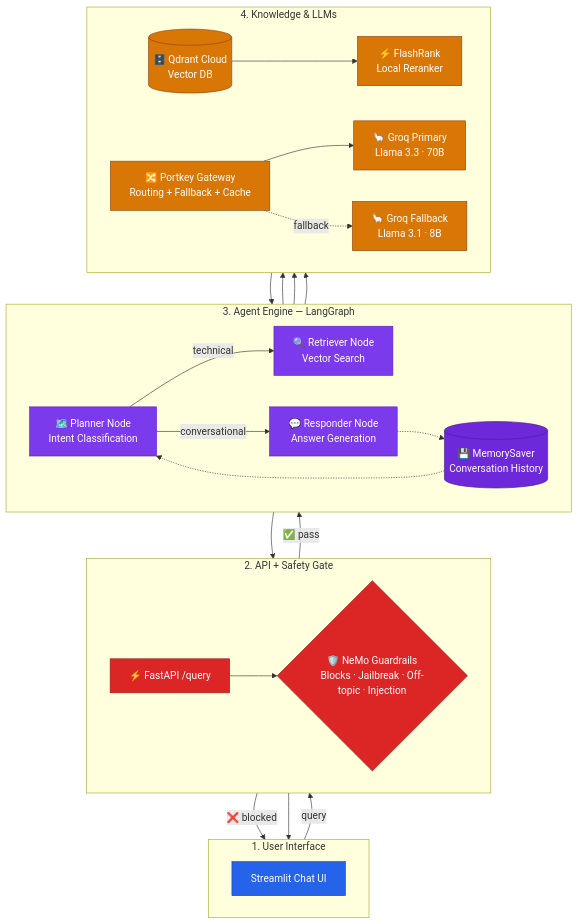
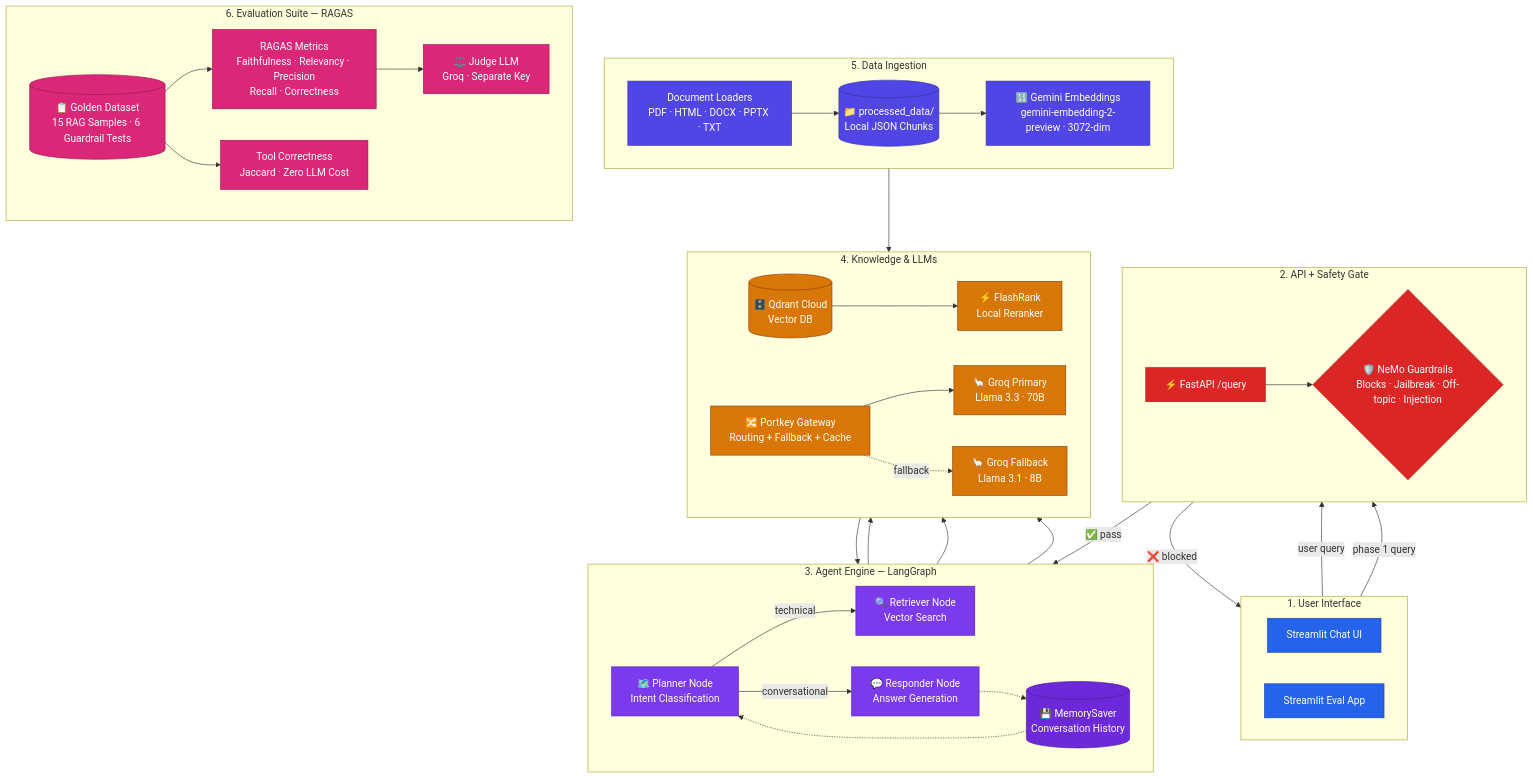
Before and after one commit to krunalp1908/Build-Production-Grade-RAG---Application: the diagram in ARCHITECTURE.md, drawn with Mermaid. The commit also changed other lines of this file and 16 other files, not shown here.

````diff
--- a/ARCHITECTURE.md
+++ b/ARCHITECTURE.md
@@ -10,6 +10,7 @@
     subgraph UI ["1. User Interface"]
         direction LR
         CHAT["Streamlit Chat UI"]
+        EAPP["Streamlit Eval App"]
     end
 
     subgraph SAFETY ["2. API + Safety Gate"]
@@ -35,7 +36,23 @@
         G2["🦙 Groq Fallback\nLlama 3.1 · 8B"]
     end
 
-    CHAT -->|query| API
+    subgraph INGEST ["5. Data Ingestion"]
+        direction LR
+        LOAD["Document Loaders\nPDF · HTML · DOCX · PPTX · TXT"]
+        PROC[("📁 processed_data/\nLocal JSON Chunks")]
+        EMB["🔢 Gemini Embeddings\ngemini-embedding-2-preview · 3072-dim"]
+    end
+
+    subgraph EVALS ["6. Evaluation Suite — RAGAS"]
+        direction LR
+        GD[("📋 Golden Dataset\n15 RAG Samples · 6 Guardrail Tests")]
+        RAGAS["RAGAS Metrics\nFaithfulness · Relevancy · Precision\nRecall · Correctness"]
+        TC["Tool Correctness\nJaccard · Zero LLM Cost"]
+        JG["⚖️ Judge LLM\nGroq · Separate Key"]
+    end
+
+    CHAT -->|user query| API
+    EAPP -->|phase 1 query| API
     API --> GR
     GR -->|"❌ blocked"| CHAT
     GR -->|"✅ pass"| PL
@@ -50,18 +67,28 @@
     PK -.->|"fallback"| G2
     RS -.-> MEM
     MEM -.-> PL
-    RS --> API
-    API --> CHAT
+
+    LOAD --> PROC
+    PROC --> EMB
+    EMB --> QD
+
+    GD --> RAGAS
+    GD --> TC
+    RAGAS --> JG
 
     classDef ui        fill:#2563EB,stroke:#1E40AF,color:#fff
     classDef safety    fill:#DC2626,stroke:#991B1B,color:#fff
     classDef agent     fill:#7C3AED,stroke:#5B21B6,color:#fff
     classDef knowledge fill:#D97706,stroke:#92400E,color:#fff
+    classDef ingest    fill:#4F46E5,stroke:#3730A3,color:#fff
+    classDef evals     fill:#DB2777,stroke:#9D174D,color:#fff
     classDef memory    fill:#6D28D9,stroke:#4C1D95,color:#fff
 
-    class CHAT ui
+    class CHAT,EAPP ui
     class API,GR safety
     class PL,RT,RS agent
     class QD,FR,PK,G1,G2 knowledge
+    class LOAD,PROC,EMB ingest
+    class GD,RAGAS,TC,JG evals
     class MEM memory
 ```
````
